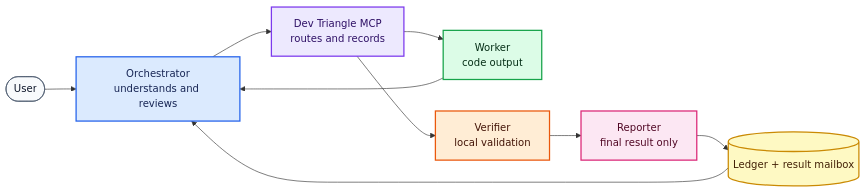
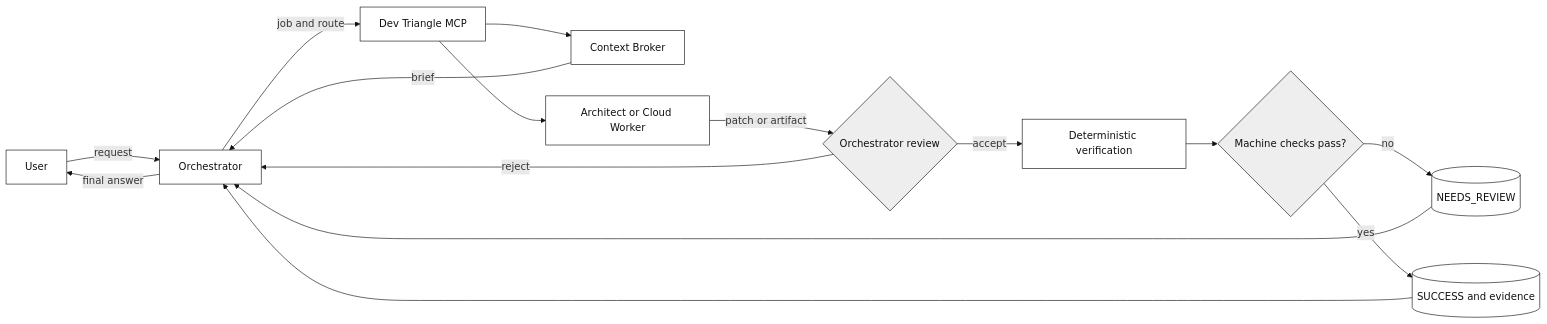
The first of 2 diagrams in docs/USER_GUIDE.md (SpadesZ/dev-triangle-mcp), drawn with Mermaid before and after one commit. The commit also changed other lines of this file and 11 other files, not shown here.

````diff
--- a/docs/USER_GUIDE.md
+++ b/docs/USER_GUIDE.md
@@ -58,19 +61,25 @@
 ```mermaid
 flowchart LR
-  U(["User"]):::human --> O["Orchestrator<br/>understands and reviews"]:::orchestrator
-  O --> M["Dev Triangle MCP<br/>routes and records"]:::mcp
-  M --> W["Worker<br/>code output"]:::worker
-  M --> V["Verifier<br/>local validation"]:::verifier
-  W --> O
-  V --> R["Reporter<br/>final result only"]:::report
-  R --> S[("Ledger + result mailbox")]:::state
+  U["User"] -->|request| O["Orchestrator"]
+  O -->|job and route| M["Dev Triangle MCP"]
+  M --> B["Context Broker"]
+  B -->|brief| O
+  M --> A["Architect or Cloud Worker"]
+  A -->|patch or artifact| G{"Orchestrator review"}
+  G -->|reject| O
+  G -->|accept| V["Deterministic verification"]
+  V --> Q{"Machine checks pass?"}
+  Q -->|no| N[("NEEDS_REVIEW")]
+  Q -->|yes| S[("SUCCESS and evidence")]
+  N --> O
   S --> O
+  O -->|final answer| U
 
-  classDef human fill:#f8fafc,stroke:#475569,color:#0f172a,stroke-width:1px;
-  classDef orchestrator fill:#dbeafe,stroke:#2563eb,color:#172554,stroke-width:2px;
-  classDef mcp fill:#ede9fe,stroke:#7c3aed,color:#2e1065,stroke-width:2px;
-  classDef worker fill:#dcfce7,stroke:#16a34a,color:#052e16,stroke-width:2px;
-  classDef verifier fill:#ffedd5,stroke:#ea580c,color:#431407,stroke-width:2px;
-  classDef report fill:#fce7f3,stroke:#db2777,color:#500724,stroke-width:2px;
-  classDef state fill:#fef9c3,stroke:#ca8a04,color:#422006,stroke-width:2px;
+  classDef process fill:#ffffff,stroke:#111111,color:#111111,stroke-width:1px;
+  classDef decision fill:#eeeeee,stroke:#111111,color:#111111,stroke-width:1px;
+  classDef store fill:#ffffff,stroke:#111111,color:#111111,stroke-width:1px;
+  class U,O,M,B,A,V process;
+  class G,Q decision;
+  class N,S store;
+  linkStyle default stroke:#111111,stroke-width:1px;
 ```
````
